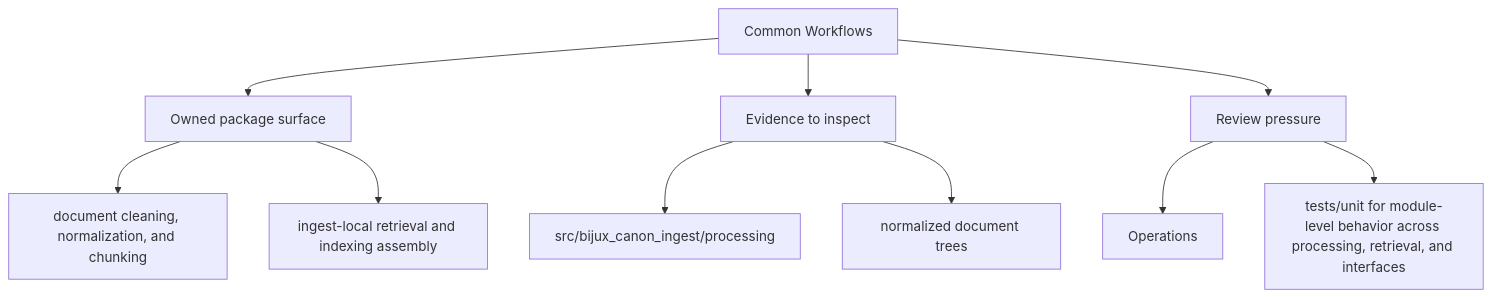
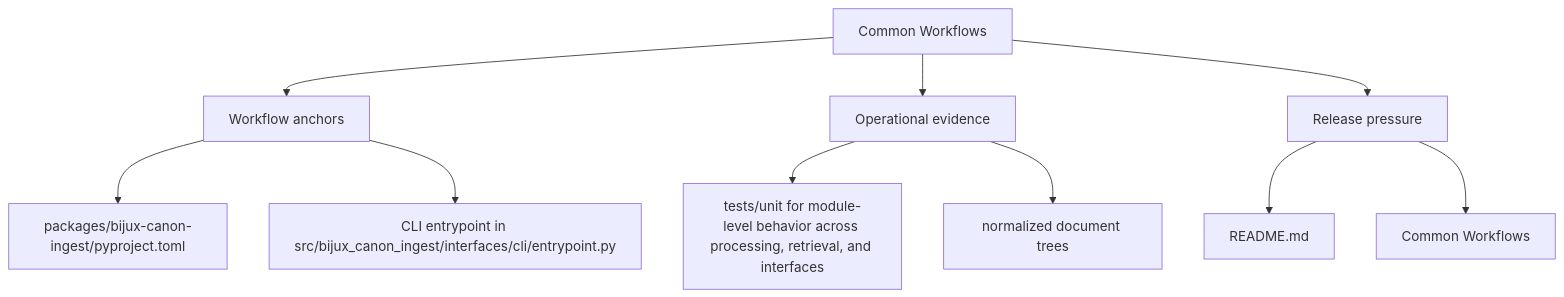
One commit to bijux/bijux-canon changed the second of 2 diagrams in docs/bijux-canon-ingest/operations/common-workflows.md. Above: the diagram before and after it, drawn with Mermaid. The commit also changed other lines of this file and 250 other files, not shown here.

Commit message:
docs(diagrams): make product page maps more readable

````diff
--- a/docs/bijux-canon-ingest/operations/common-workflows.md
+++ b/docs/bijux-canon-ingest/operations/common-workflows.md
@@ -34,22 +34,22 @@
 ```mermaid
 flowchart TD
     page["Common Workflows"]
-    focus1["Owned package surface"]
+    focus1["Workflow anchors"]
     page --> focus1
-    focus1_1["document cleaning, normalization, and chunking"]
+    focus1_1["packages/bijux-canon-ingest/pyproject.toml"]
     focus1 --> focus1_1
-    focus1_2["ingest-local retrieval and indexing assembly"]
+    focus1_2["CLI entrypoint in src/bijux_canon_ingest/interfaces/cli/entrypoint.py"]
     focus1 --> focus1_2
-    focus2["Evidence to inspect"]
+    focus2["Operational evidence"]
     page --> focus2
-    focus2_1["src/bijux_canon_ingest/processing"]
+    focus2_1["tests/unit for module-level behavior across processing, retrieval, and interfaces"]
     focus2 --> focus2_1
     focus2_2["normalized document trees"]
     focus2 --> focus2_2
-    focus3["Review pressure"]
+    focus3["Release pressure"]
     page --> focus3
-    focus3_1["Operations"]
+    focus3_1["README.md"]
     focus3 --> focus3_1
-    focus3_2["tests/unit for module-level behavior across processing, retrieval, and interfaces"]
+    focus3_2["Common Workflows"]
     focus3 --> focus3_2
 ```
````
